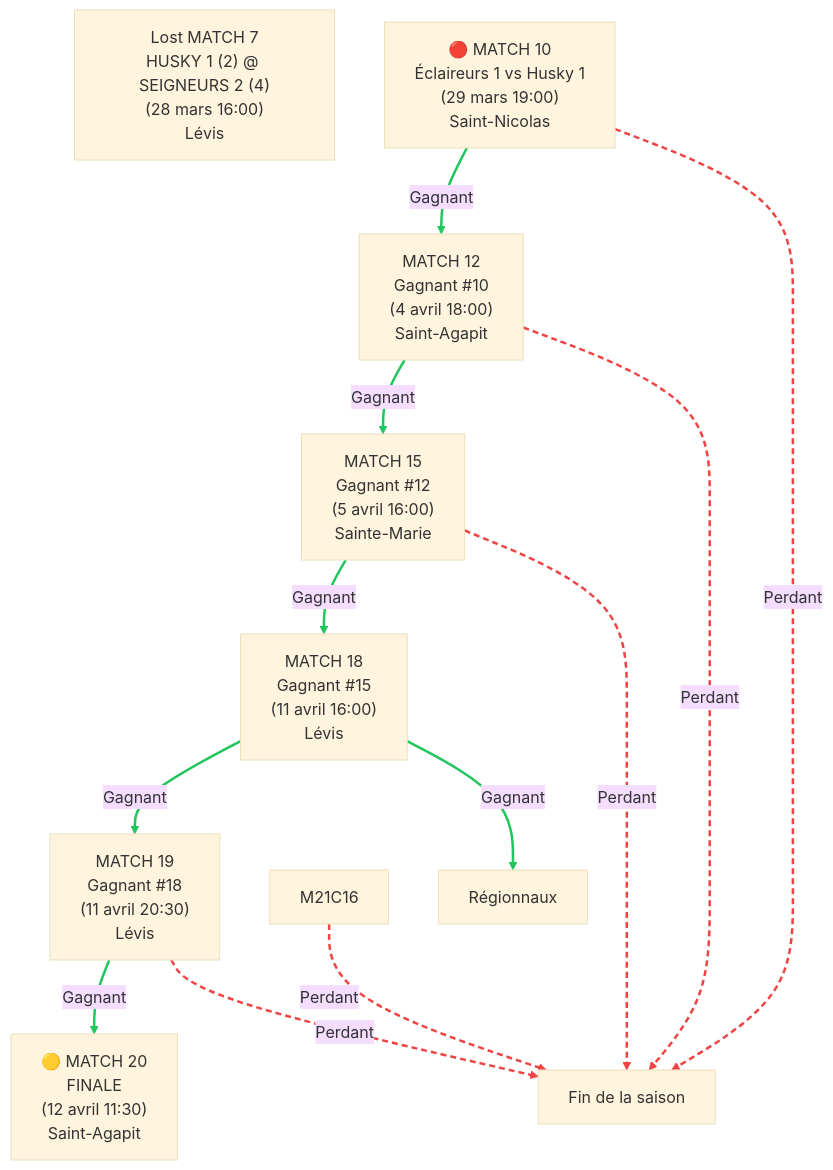
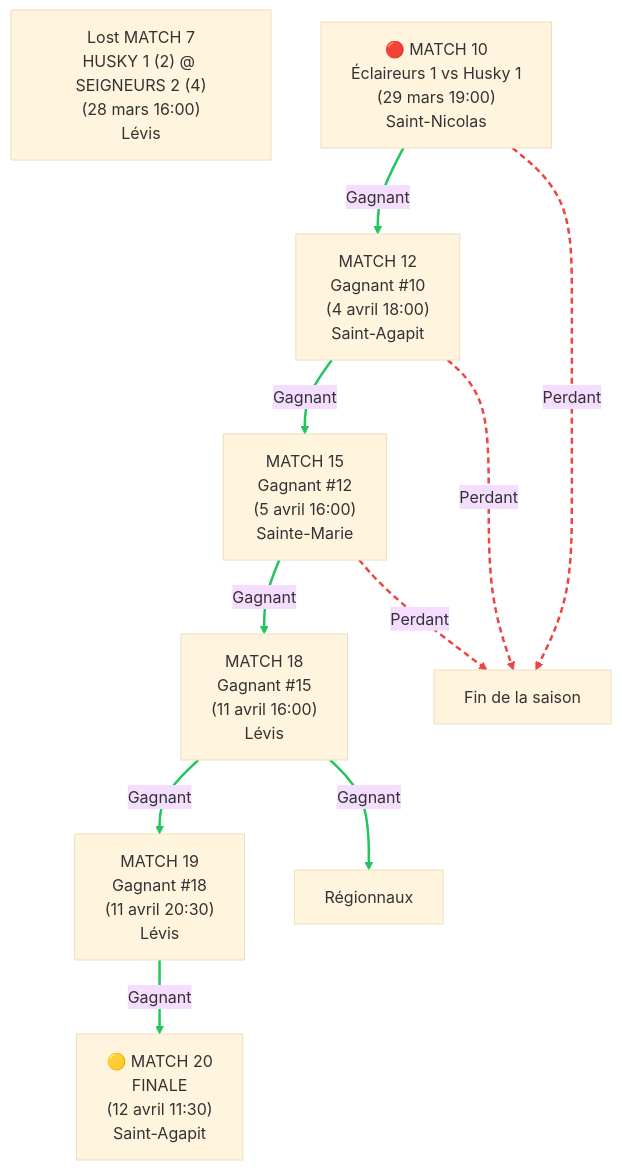
Before and after one commit to voltogyre/horaire-serie-2026: the diagram in Gabriel.md, drawn with Mermaid (base theme).

````diff
--- a/Gabriel.md
+++ b/Gabriel.md
@@ -7,21 +7,20 @@
 ```mermaid
 graph TD
     M21C07["Lost MATCH 7<br/>HUSKY 1 (2) @ SEIGNEURS 2 (4)<br/>(28 mars 16:00)<br/>Lévis"] 
     M21C10["🔴 MATCH 10<br/>Éclaireurs 1 vs Husky 1<br/>(29 mars 19:00)<br/>Saint-Nicolas"]
     M21C10 -->|Gagnant| M21C12["MATCH 12<br/>Gagnant #10<br/>(4 avril 18:00)<br/>Saint-Agapit"]
     M21C12 -->|Gagnant| M21C15["MATCH 15<br/>Gagnant #12<br/>(5 avril 16:00)<br/>Sainte-Marie"]
     M21C15 -->|Gagnant| M21C18["MATCH 18<br/>Gagnant #15<br/>(11 avril 16:00)<br/>Lévis"]
     M21C18 -->|Gagnant| M21C19["MATCH 19<br/>Gagnant #18<br/>(11 avril 20:30)<br/>Lévis"]
     M21C19 -->|Gagnant| M21C20["🟡 MATCH 20<br/>FINALE<br/>(12 avril 11:30)<br/>Saint-Agapit"]
+    M21C18 -->|Gagnant| L["Régionnaux"]
     M21C10 -->|Perdant| K["Fin de la saison"]
     M21C12 -->|Perdant| K["Fin de la saison"]
     M21C15 -->|Perdant| K["Fin de la saison"]
-    M21C16 -->|Perdant| K["Fin de la saison"]
-    M21C19 -->|Perdant| K["Fin de la saison"]
-    M21C18 -->|Gagnant| L["Régionnaux"]
+    
 
-    linkStyle 0,1,2,3,4,10 stroke:#22c55e,stroke-width:2.5px
-    linkStyle 5,6,7,8,9 stroke:#ef4444,stroke-width:2.5px,stroke-dasharray:6 4
+    linkStyle 0,1,2,3,4,5 stroke:#22c55e,stroke-width:2.5px
+    linkStyle 6,7,8 stroke:#ef4444,stroke-width:2.5px,stroke-dasharray:6 4
     
 
 ```
````
